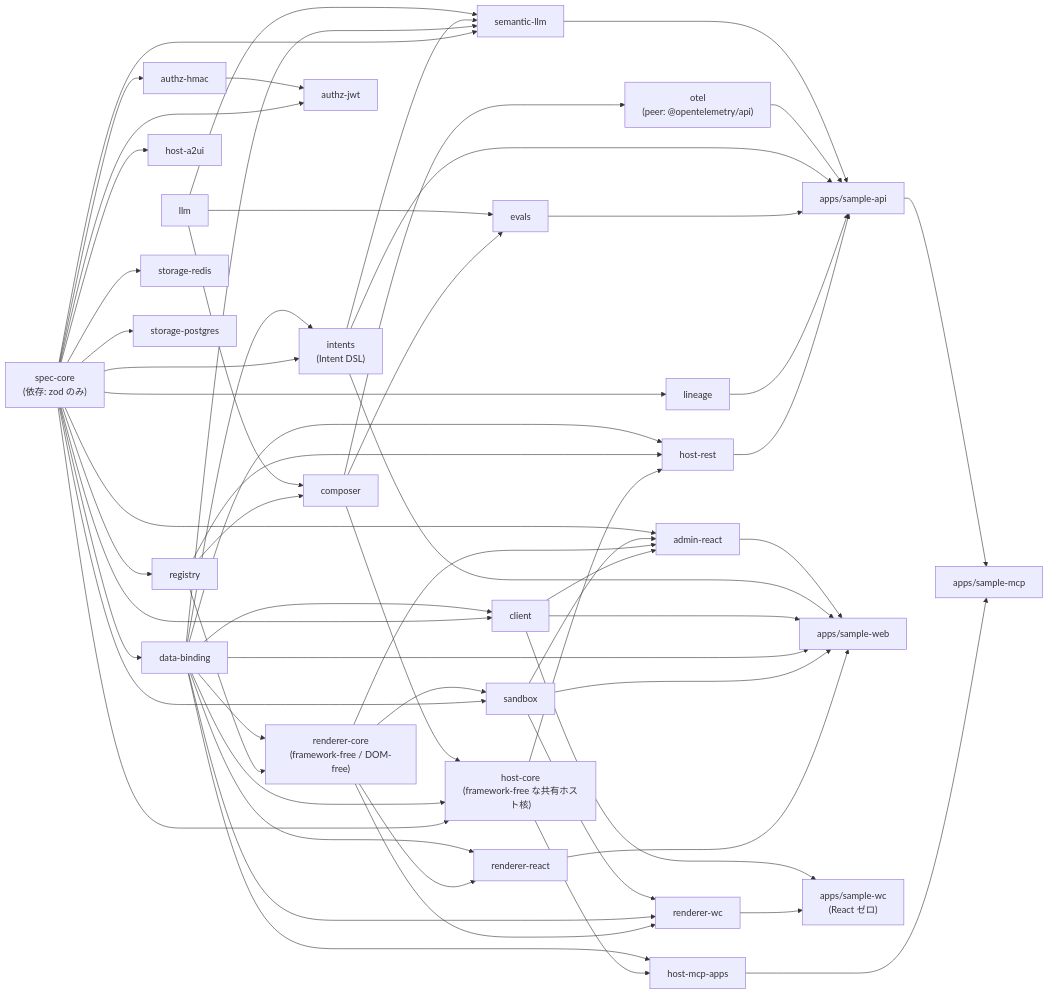
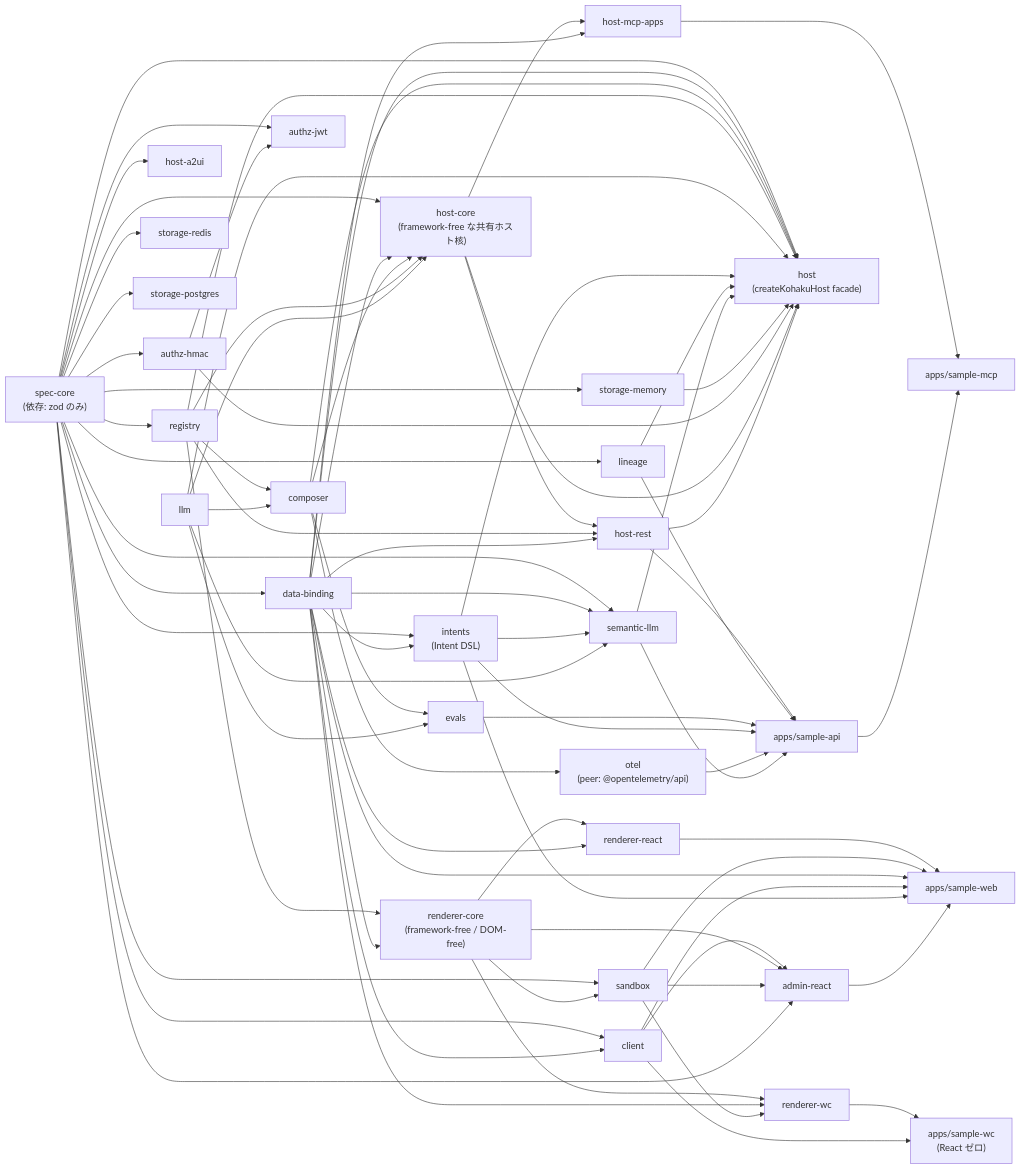
Before and after one commit to yosuque/kohaku: the second of 4 diagrams in docs/design.ja.md, drawn with Mermaid. The commit also changed other lines of this file and 3 other files, not shown here.

First line of the commit message:
docs(design): align the policyFingerprint derivation and host-core dependencies with the code

````diff
--- a/docs/design.ja.md
+++ b/docs/design.ja.md
@@ -54,31 +54,33 @@
 ```mermaid
 flowchart LR
     SC["spec-core<br/>(依存: zod のみ)"]
     SC --> RG["registry"]
     SC --> DB["data-binding"]
     SC & DB --> INT["intents<br/>(Intent DSL)"]
     LL["llm"]
     RG & LL --> CP["composer"]
     RG & DB --> RC["renderer-core<br/>(framework-free / DOM-free)"]
     RC & DB --> RR["renderer-react"]
     RC & DB & SB --> RW["renderer-wc"]
     SC & RC --> SB["sandbox"]
     SC --> LN["lineage"]
     SC & DB --> CL["client"]
     CP & LL --> EV["evals"]
-    SC & DB & CP --> HC["host-core<br/>(framework-free な共有ホスト核)"]
+    SC & DB & CP & RG & LL --> HC["host-core<br/>(framework-free な共有ホスト核)"]
     HC & RG & DB --> HR["host-rest"]
     HC & DB --> HM["host-mcp-apps"]
     CP --> OT["otel<br/>(peer: @opentelemetry/api)"]
     SC --> HA["host-a2ui"]
     SC --> AH["authz-hmac"]
     SC & AH --> AJ["authz-jwt"]
     SC --> SR["storage-redis"]
     SC --> SP["storage-postgres"]
     SC & DB & INT & LL --> SL["semantic-llm"]
+    SC --> SM["storage-memory"]
+    SC & DB & CP & RG & LL & INT & LN & SL & SM & AH & HC & HR --> HOST["host<br/>(createKohakuHost facade)"]
     CL & RC & SB & SC --> AR["admin-react"]
     HR & LN & EV & INT & OT & SL --> API["apps/sample-api"]
     RR & SB & DB & CL & INT & AR --> WEBAPP["apps/sample-web"]
     RW & CL --> WCAPP["apps/sample-wc<br/>(React ゼロ)"]
     HM & API --> MCP["apps/sample-mcp"]
 ```
````
